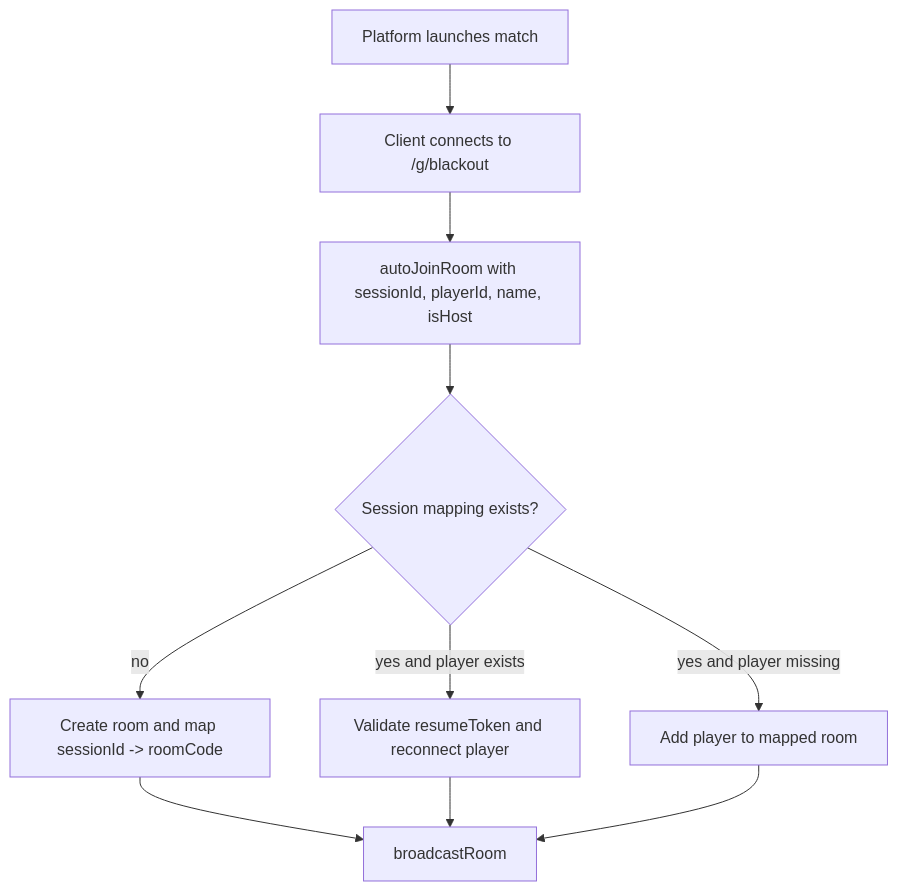
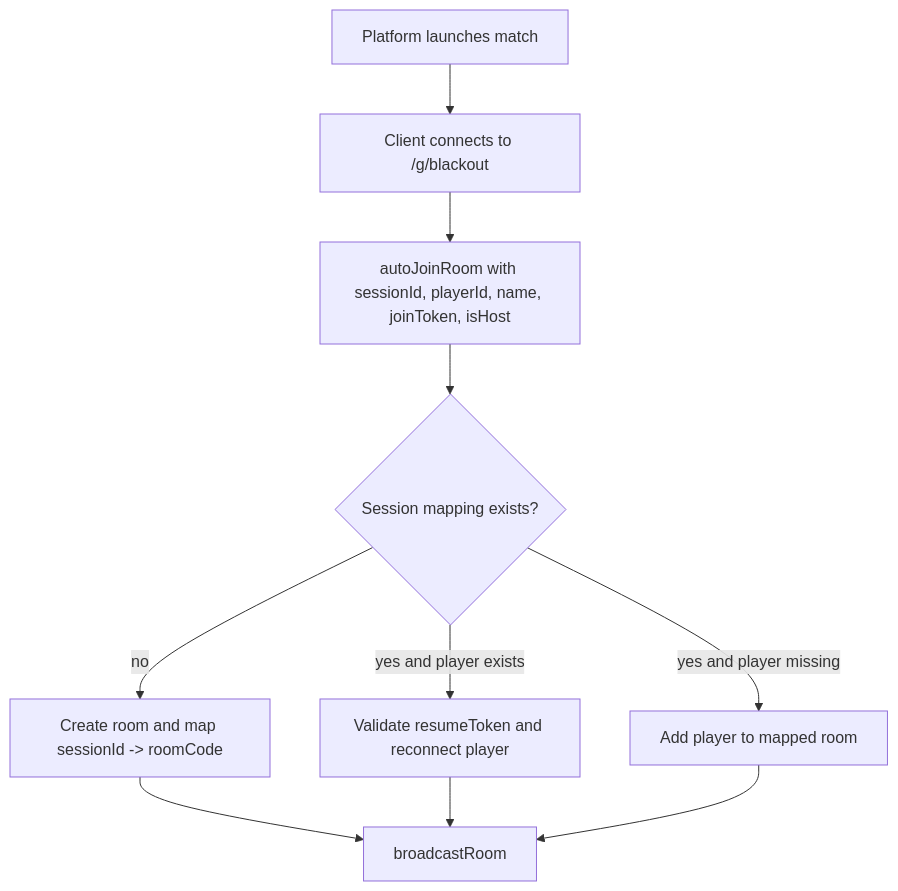
One commit to jsevenheck/game-platform changed the first of 3 diagrams in games/blackout/docs/architecture.md. Above: the diagram before and after it, drawn with Mermaid. The commit also changed 57 other files, not shown here.

````diff
--- a/games/blackout/docs/architecture.md
+++ b/games/blackout/docs/architecture.md
@@ -106,12 +106,12 @@
 ```mermaid
 flowchart TD
   A[Platform launches match] --> B[Client connects to /g/blackout]
-  B --> C[autoJoinRoom with sessionId, playerId, name, isHost]
+  B --> C[autoJoinRoom with sessionId, playerId, name, joinToken, isHost]
   C --> D{Session mapping exists?}
   D -->|no| E[Create room and map sessionId -> roomCode]
   D -->|yes and player exists| F[Validate resumeToken and reconnect player]
   D -->|yes and player missing| G[Add player to mapped room]
   E --> H[broadcastRoom]
   F --> H
   G --> H
 ```
````
